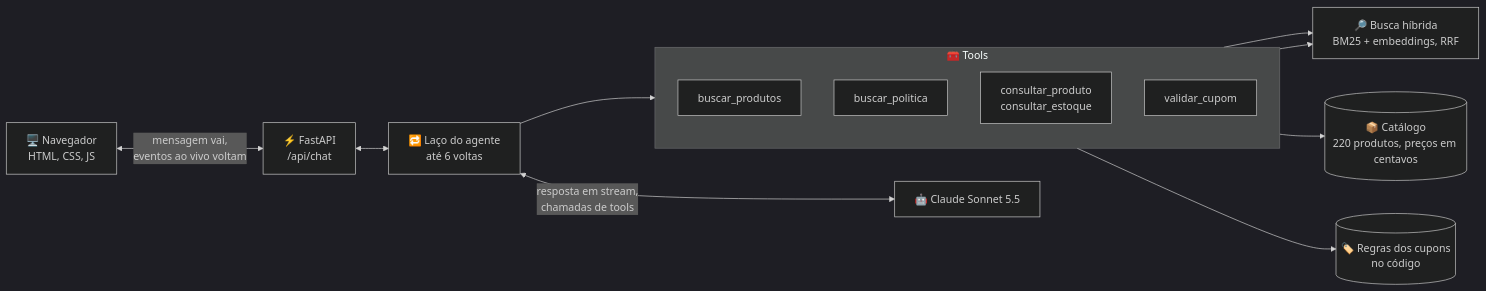
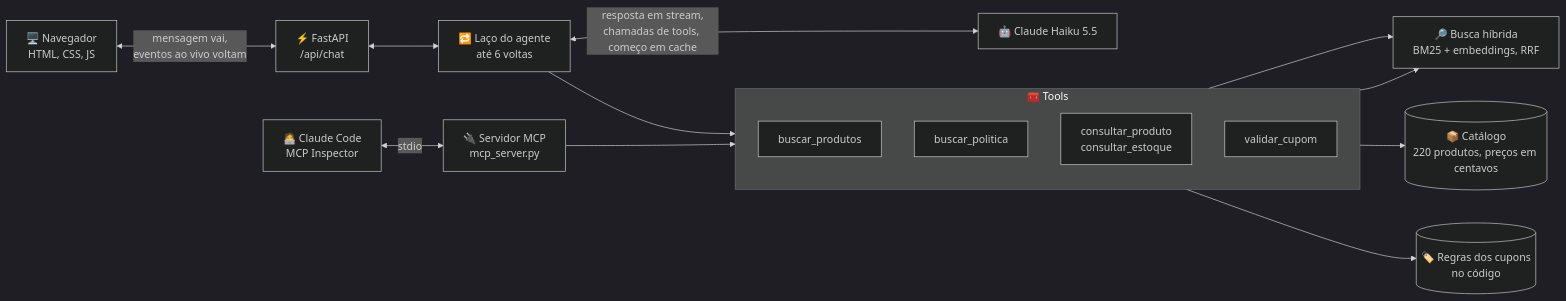
One commit to petrecaLeo/agentic-rag-sales-assistant changed the first of 2 diagrams in README.pt-BR.md. Above: the diagram before and after it, drawn with Mermaid (dark theme). The commit also changed other lines of this file and 3 other files, not shown here.

````diff
--- a/README.pt-BR.md
+++ b/README.pt-BR.md
@@ -56,18 +61,20 @@
 ```mermaid
 flowchart LR
   B["🖥️ Navegador<br/>HTML, CSS, JS"] <-->|"mensagem vai,<br/>eventos ao vivo voltam"| A["⚡ FastAPI<br/>/api/chat"]
   A <--> L["🔁 Laço do agente<br/>até 6 voltas"]
-  L <-->|"resposta em stream,<br/>chamadas de tools"| C["🤖 Claude Sonnet 5.5"]
+  L <-->|"resposta em stream,<br/>chamadas de tools, começo em cache"| C["🤖 Claude Haiku 5.5"]
   L --> T
   subgraph T["🧰 Tools"]
     direction TB
     S["buscar_produtos"]
     P["buscar_politica"]
     D["consultar_produto<br/>consultar_estoque"]
     V["validar_cupom"]
   end
   S --> H["🔎 Busca híbrida<br/>BM25 + embeddings, RRF"]
   P --> H
   D --> K[("📦 Catálogo<br/>220 produtos, preços em centavos")]
   V --> R[("🏷️ Regras dos cupons<br/>no código")]
+  X["🧑‍💻 Claude Code<br/>MCP Inspector"] <-->|"stdio"| M["🔌 Servidor MCP<br/>mcp_server.py"]
+  M --> T
 ```
````
